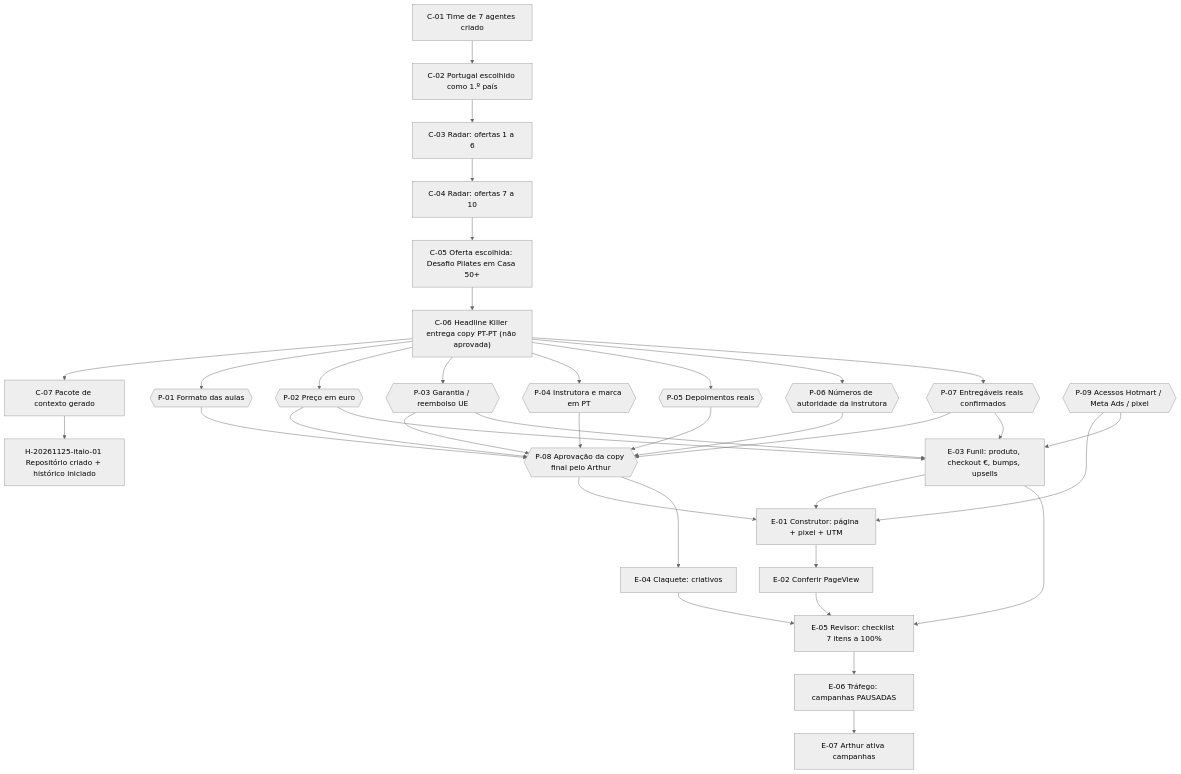
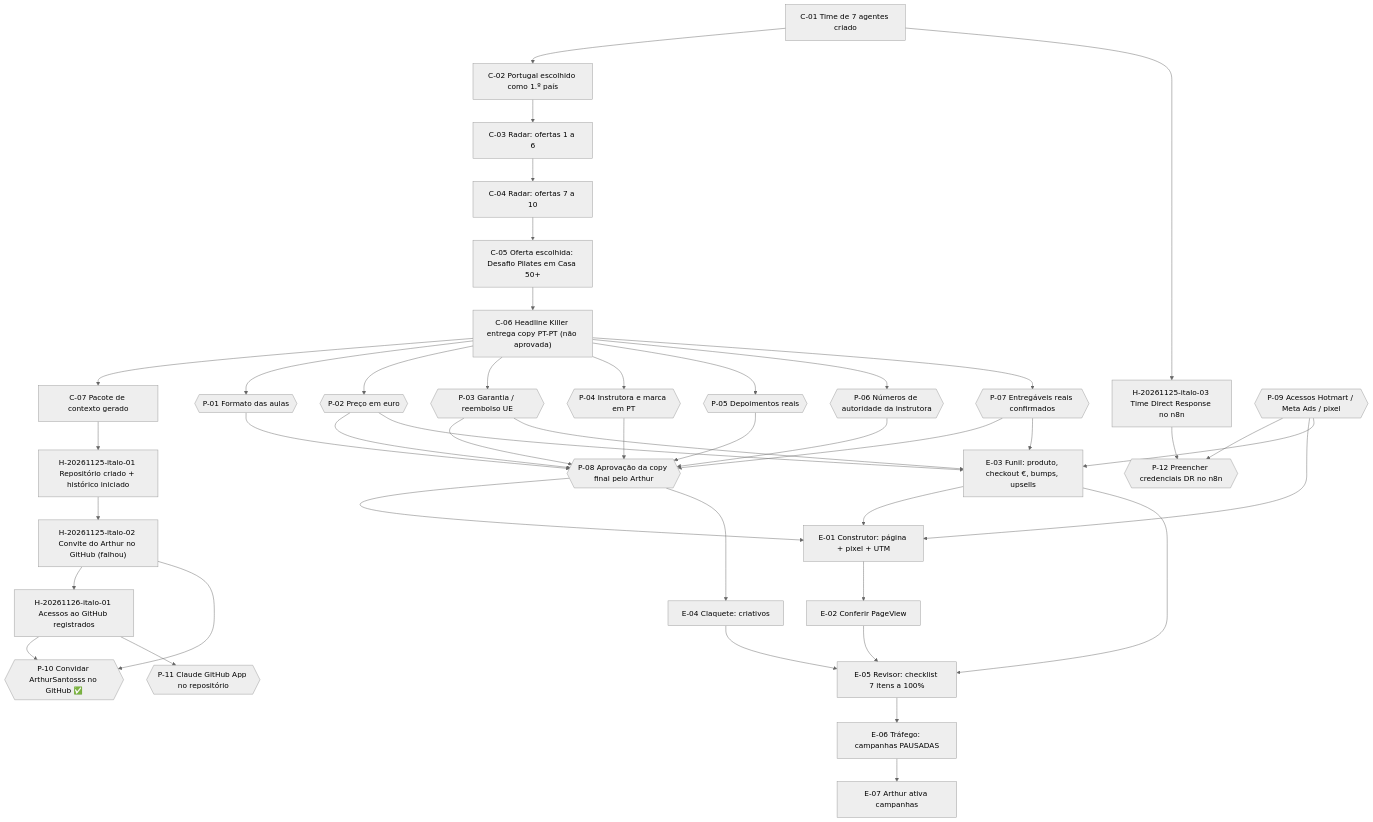
One commit to italoxdemelo/direct-response changed the diagram in historico/MAPA-DEPENDENCIAS.md. Above: the diagram before and after it, drawn with Mermaid (neutral theme). The commit also changed other lines of this file, not shown here.

Commit message:
H-20261126-italo-01: atualizar mapa com P-10, P-11, P-12 e novas entradas

````diff
--- a/historico/MAPA-DEPENDENCIAS.md
+++ b/historico/MAPA-DEPENDENCIAS.md
@@ -20,49 +20,62 @@
 ```mermaid
 flowchart TD
   %% Contexto original (25/11/2026, antes do repositório)
   C01["C-01 Time de 7 agentes criado"]
   C02["C-02 Portugal escolhido como 1.º país"]
   C03["C-03 Radar: ofertas 1 a 6"]
   C04["C-04 Radar: ofertas 7 a 10"]
   C05["C-05 Oferta escolhida: Desafio Pilates em Casa 50+"]
   C06["C-06 Headline Killer entrega copy PT-PT (não aprovada)"]
   C07["C-07 Pacote de contexto gerado"]
 
   C01 --> C02 --> C03 --> C04 --> C05 --> C06 --> C07
 
   %% Repositório
   H01["H-20261125-italo-01 Repositório criado + histórico iniciado"]
   C07 --> H01
+  H02["H-20261125-italo-02 Convite do Arthur no GitHub (falhou)"]
+  H03["H-20261125-italo-03 Time Direct Response no n8n"]
+  H04["H-20261126-italo-01 Acessos ao GitHub registrados"]
+  H01 --> H02 --> H04
+  C01 --> H03
 
   %% Pendências abertas
   P01{{"P-01 Formato das aulas"}}
   P02{{"P-02 Preço em euro"}}
   P03{{"P-03 Garantia / reembolso UE"}}
   P04{{"P-04 Instrutora e marca em PT"}}
   P05{{"P-05 Depoimentos reais"}}
   P06{{"P-06 Números de autoridade da instrutora"}}
   P07{{"P-07 Entregáveis reais confirmados"}}
   P08{{"P-08 Aprovação da copy final pelo Arthur"}}
   P09{{"P-09 Acessos Hotmart / Meta Ads / pixel"}}
+  P10{{"P-10 Convidar ArthurSantosss no GitHub ✅"}}
+  P11{{"P-11 Claude GitHub App no repositório"}}
+  P12{{"P-12 Preencher credenciais DR no n8n"}}
+  H02 --> P10
+  H04 --> P10
+  H04 --> P11
+  H03 --> P12
+  P09 --> P12
 
   C06 --> P01 & P02 & P03 & P04 & P05 & P06 & P07
   P01 & P02 & P03 & P04 & P05 & P06 & P07 --> P08
 
   %% Etapas futuras do fluxo
   E01["E-01 Construtor: página + pixel + UTM"]
   E02["E-02 Conferir PageView"]
   E03["E-03 Funil: produto, checkout €, bumps, upsells"]
   E04["E-04 Claquete: criativos"]
   E05["E-05 Revisor: checklist 7 itens a 100%"]
   E06["E-06 Tráfego: campanhas PAUSADAS"]
   E07["E-07 Arthur ativa campanhas"]
 
   P08 --> E01
   P09 --> E01
   P02 & P03 & P07 & P09 --> E03
   P08 --> E04
   E01 --> E02
   E03 --> E01
   E02 & E03 & E04 --> E05
   E05 --> E06 --> E07
 ```
````
